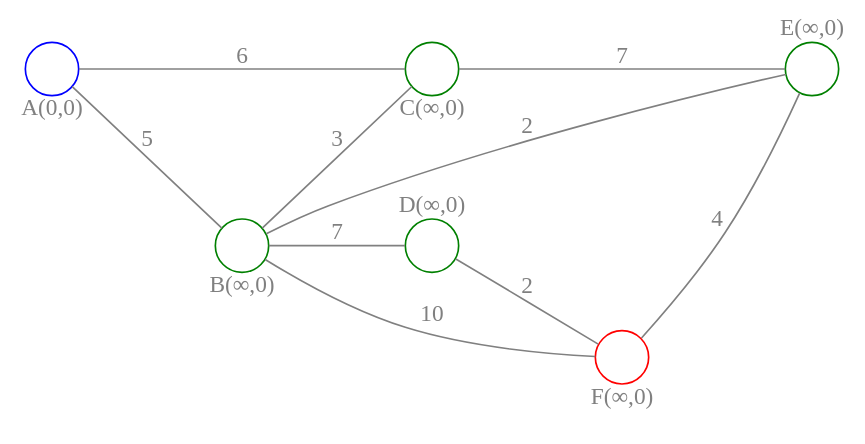
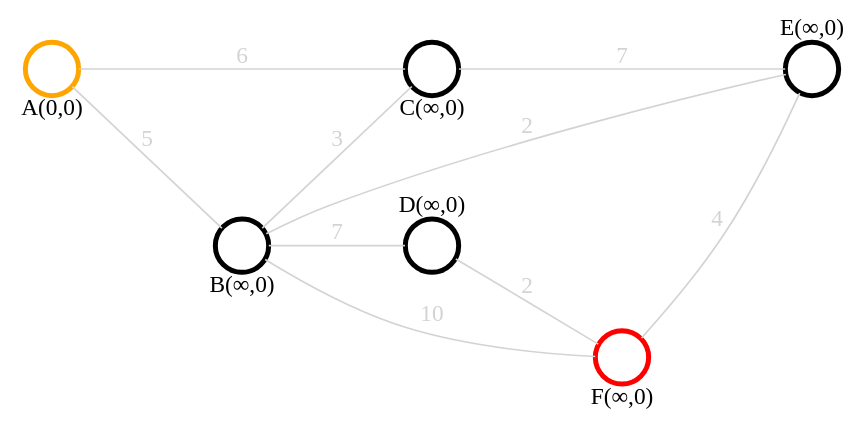
Before and after one commit to dgudim2/obsidian_vault: the first of 6 diagrams in uni/Discrete math/Graphs/Graphs - shortest path.md, drawn with Graphviz. The commit also changed other lines of this file and 20 other files, not shown here.

````diff
--- a/uni/Discrete math/Graphs/Graphs - shortest path.md
+++ b/uni/Discrete math/Graphs/Graphs - shortest path.md
@@ -68,43 +68,44 @@
 ```dot 
 graph neato { 
 
 bgcolor="transparent" 
 
 rankdir="LR"
 
 graph [layout = dot, ranksep=1,nodesep=.5] 
 
 subgraph cluster_space {
 	graph [peripheries=0]
 	
 	node [shape = circle, 
 	      style = filled, 
 	      width=0.45, 
 	      height=0.45, 
-	      color=green, 
-	      fillcolor = white, 
-	      fontcolor=grey,
-	      fixedsize=true] 
+	      color=darkyellow, 
+	      fillcolor=white, 
+	      fontcolor=brightwhite,
+	      fixedsize=true,
+	      penwidth=3]  
 	
-	a [label="\n\n\nA(0,0)",color=blue]
+	a [label="\n\n\nA(0,0)",color=orange]
 	b [label="\n\n\nB(∞,0)"]
 	c [label="\n\n\nC(∞,0)"]
 	d [label="D(∞,0)\n\n\n\n"]
 	e [label="E(∞,0)\n\n\n\n"]
 	f [label="\n\n\nF(∞,0)",color=red]
 	
-	edge [color = grey, fontcolor=grey] 
+	edge [color=lightgray, fontcolor=lightgray]  
 	
 	a -- b [label="5",weight=5]
 	a -- c [label="6",weight=6]
 	b -- e [label="2",weight=2]
 	b -- f [label="10",weight=10]
 	b -- c [label="3",weight=3]
 	b -- d [label="7",weight=7]
 	c -- e [label="7",weight=7]
 	d -- f [label="2",weight=2]
 	f -- e [label="4",weight=4]
 	
 	}
 } 
 ```
````
